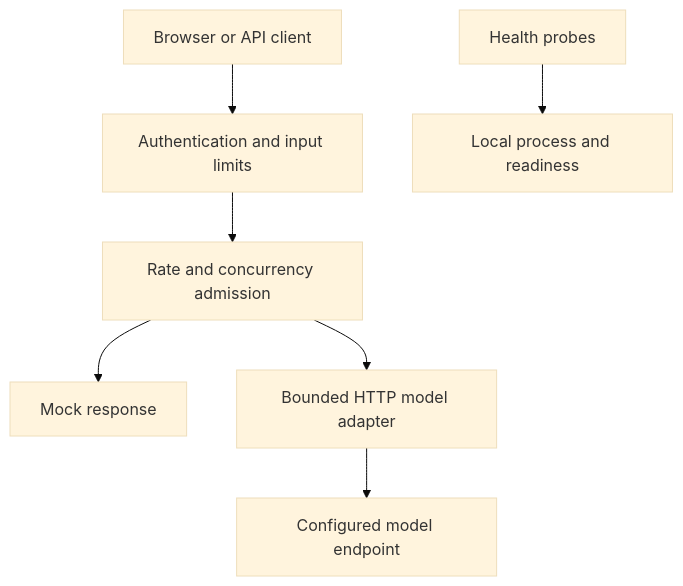
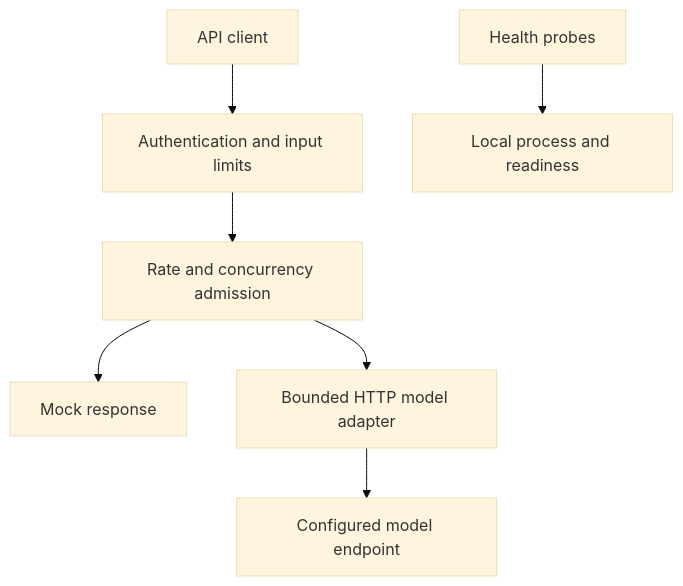
The diagram in README.md (nimeshmora/ai-deployment-recipes), drawn with Mermaid (base theme) before and after one commit. The commit also changed other lines of this file and 11 other files, not shown here.

````diff
--- a/README.md
+++ b/README.md
@@ -58,9 +72,9 @@
 ```mermaid
 flowchart TD
-    B[Browser or API client] --> A[Authentication and input limits]
+    B[API client] --> A[Authentication and input limits]
     A --> G[Rate and concurrency admission]
     G --> M[Mock response]
     G --> H[Bounded HTTP model adapter]
     H --> P[Configured model endpoint]
     L[Health probes] --> S[Local process and readiness]
 ```
````
